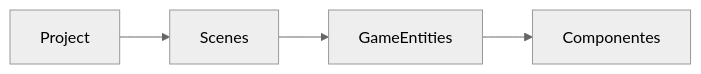
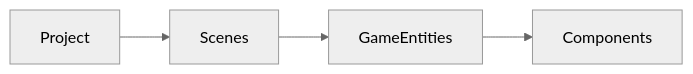
One commit to danthespal/PotatoEngine changed the second of 2 diagrams in README.md. Above: the diagram before and after it, drawn with Mermaid (neutral theme).

Commit message:
Update README.md fix typo, again

````diff
--- a/README.md
+++ b/README.md
@@ -16,6 +16,6 @@
 ```mermaid
 graph LR
 A[Project] --> B[Scenes]
 B --> C[GameEntities]
-C --> D[Componentes]
+C --> D[Components]
 ```
````
